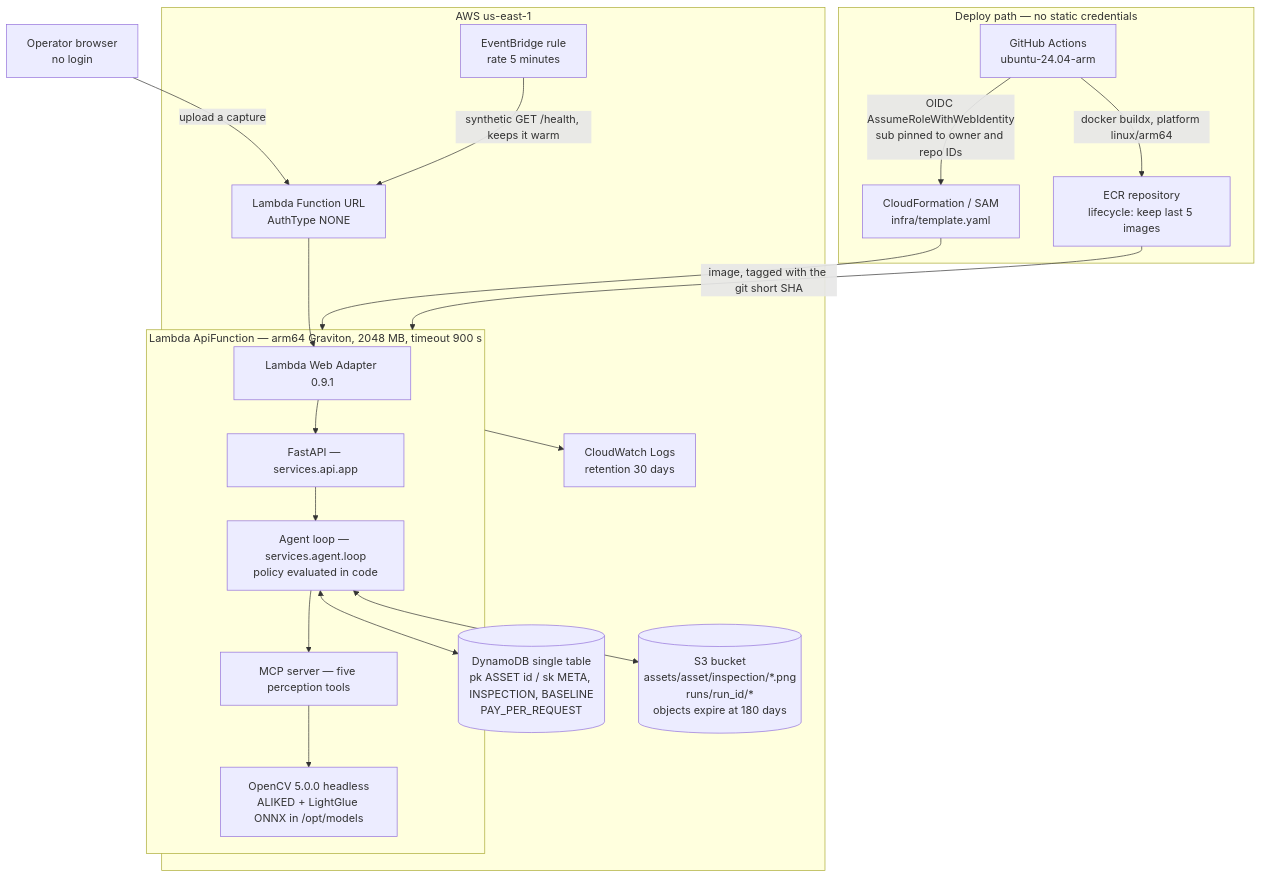
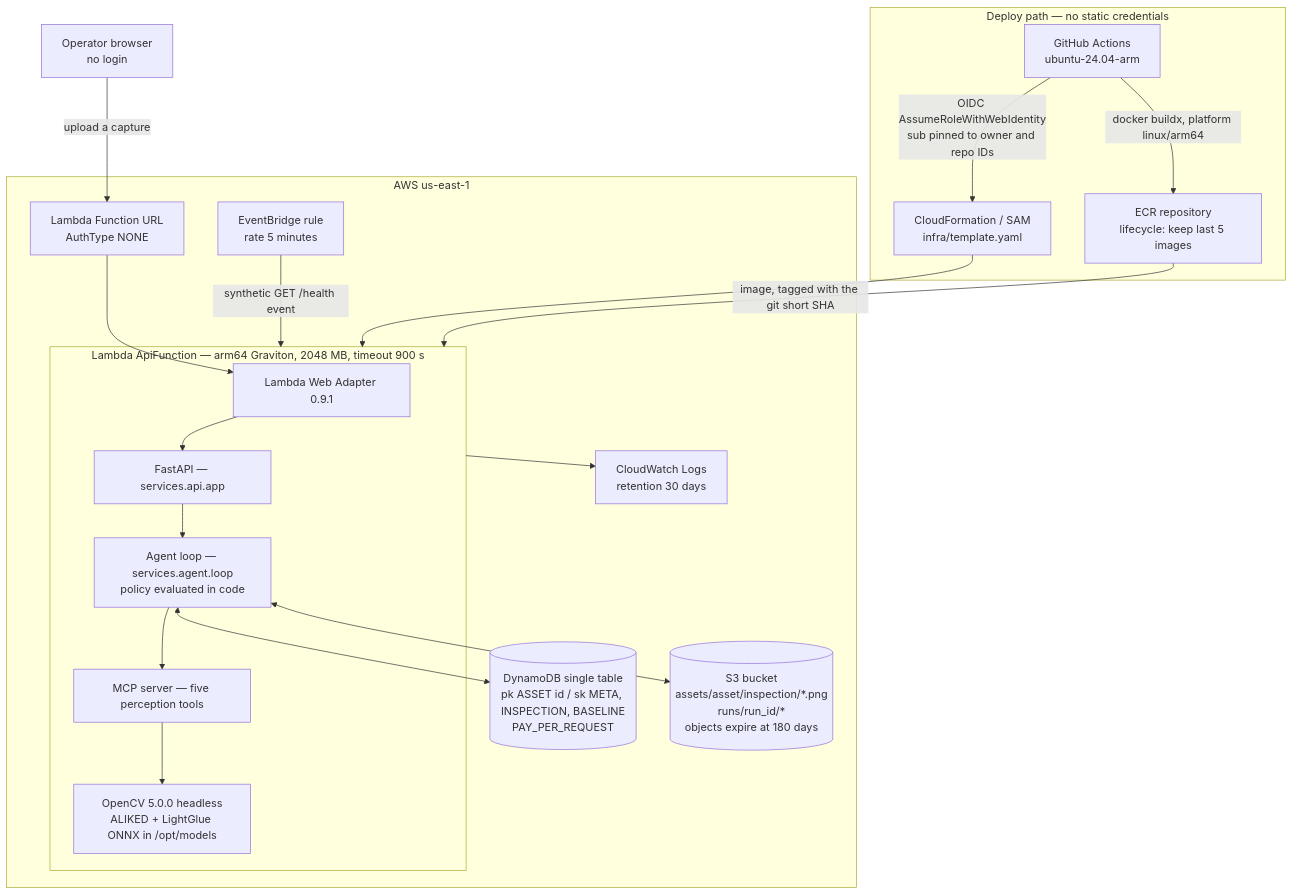
One commit to gmassello/afterimage changed the first of 2 diagrams in docs/TECHNICAL_REPORT.md. Above: the diagram before and after it, drawn with Mermaid. The commit also changed other lines of this file and 47 other files, not shown here.

````diff
--- a/docs/TECHNICAL_REPORT.md
+++ b/docs/TECHNICAL_REPORT.md
@@ -125,39 +129,39 @@
 ```mermaid
 flowchart TB
     Browser["Operator browser<br/>no login"]
 
     subgraph deploy["Deploy path — no static credentials"]
         GHA["GitHub Actions<br/>ubuntu-24.04-arm"]
         ECRR["ECR repository<br/>lifecycle: keep last 5 images"]
         CFN["CloudFormation / SAM<br/>infra/template.yaml"]
         GHA -->|"OIDC AssumeRoleWithWebIdentity<br/>sub pinned to owner and repo IDs"| CFN
         GHA -->|"docker buildx, platform linux/arm64"| ECRR
     end
 
     subgraph aws["AWS us-east-1"]
         URL["Lambda Function URL<br/>AuthType NONE"]
 
         subgraph fn["Lambda ApiFunction — arm64 Graviton, 2048 MB, timeout 900 s"]
             LWA["Lambda Web Adapter 0.9.1"]
             API["FastAPI — services.api.app"]
             LOOP["Agent loop — services.agent.loop<br/>policy evaluated in code"]
             MCPS["MCP server — five perception tools"]
             CV["OpenCV 5.0.0 headless<br/>ALIKED + LightGlue ONNX in /opt/models"]
             LWA --> API --> LOOP --> MCPS --> CV
         end
 
         DDB[("DynamoDB single table<br/>pk ASSET id / sk META, INSPECTION, BASELINE<br/>PAY_PER_REQUEST")]
         S3B[("S3 bucket<br/>assets/asset/inspection/*.png<br/>runs/run_id/*<br/>objects expire at 180 days")]
         LOGS["CloudWatch Logs<br/>retention 30 days"]
         EB["EventBridge rule<br/>rate 5 minutes"]
     end
 
     Browser -->|"upload a capture"| URL
     URL --> LWA
     LOOP <--> DDB
     LOOP <--> S3B
     fn --> LOGS
-    EB -->|"synthetic GET /health, keeps it warm"| URL
+    EB -->|"synthetic GET /health event"| fn
     CFN --> fn
     ECRR -->|"image, tagged with the git short SHA"| fn
 ```
````
